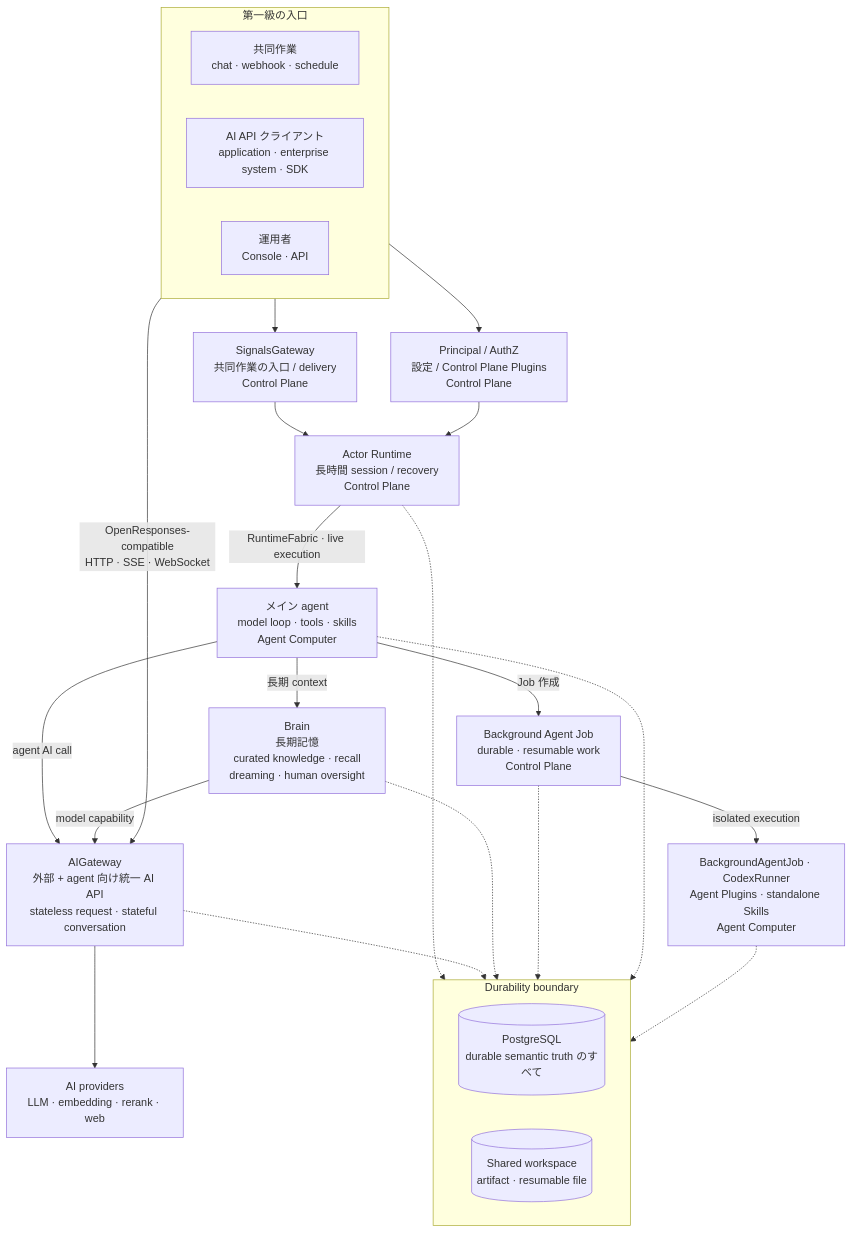
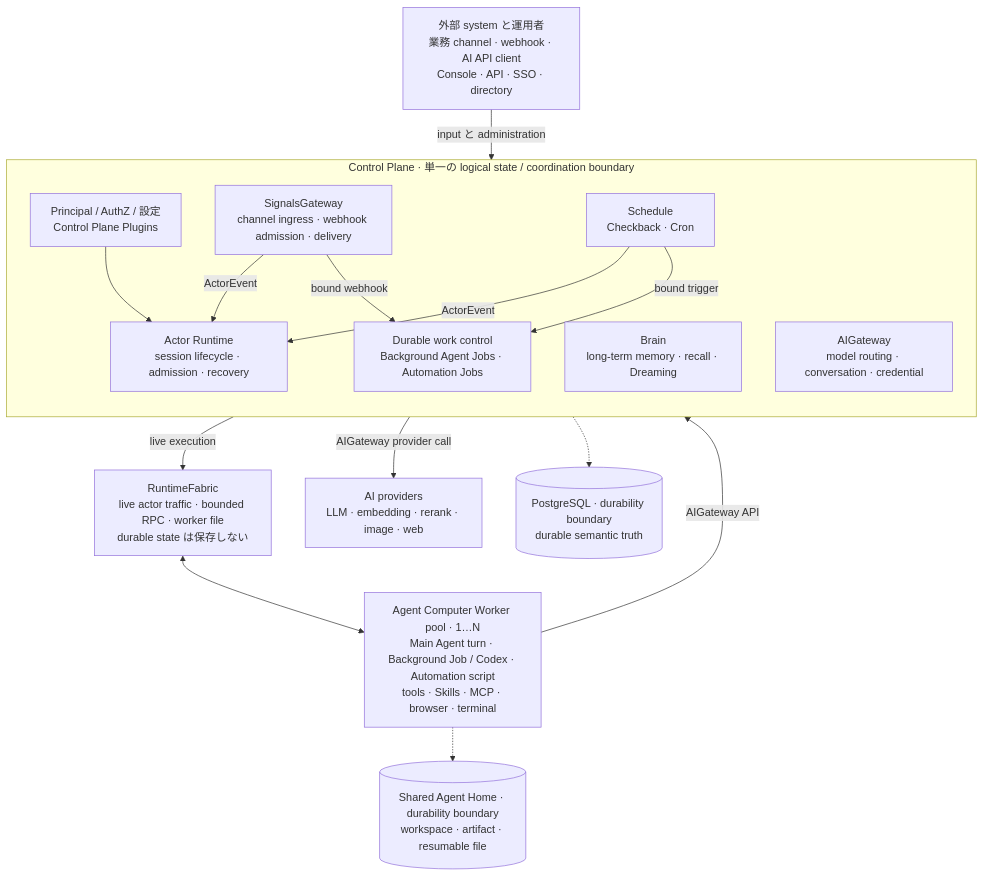
The diagram in README.ja.md (AgentBull/ankole), drawn with Mermaid before and after one commit. The commit also changed other lines of this file and 184 other files, not shown here.

First line of the commit message:
feat: Implement OCR functionality and automation job support

````diff
--- a/README.ja.md
+++ b/README.ja.md
@@ -82,43 +84,35 @@
 ```mermaid
 flowchart TB
-  subgraph Entry["第一級の入口"]
-    direction LR
-    Work["共同作業<br/>chat · webhook · schedule"]
-    Clients["AI API クライアント<br/>application · enterprise system · SDK"]
-    Ops["運用者<br/>Console · API"]
+  External["外部 system と運用者<br/>業務 channel · webhook · AI API client<br/>Console · API · SSO · directory"]
+
+  subgraph Control["Control Plane · 単一の logical state / coordination boundary"]
+    direction TB
+    Platform["Principal / AuthZ / 設定<br/>Control Plane Plugins"]
+    SG["SignalsGateway<br/>channel ingress · webhook admission · delivery"]
+    Schedule["Schedule<br/>Checkback · Cron"]
+    Runtime["Actor Runtime<br/>session lifecycle · admission · recovery"]
+    Jobs["Durable work control<br/>Background Agent Jobs · Automation Jobs"]
+    Brain["Brain<br/>long-term memory · recall · Dreaming"]
+    AI["AIGateway<br/>model routing · conversation · credential"]
   end
 
-  SG["SignalsGateway<br/>共同作業の入口 / delivery<br/>Control Plane"]
-  Platform["Principal / AuthZ<br/>設定 / Control Plane Plugins<br/>Control Plane"]
-  Runtime["Actor Runtime<br/>長時間 session / recovery<br/>Control Plane"]
-  Main["メイン agent<br/>model loop · tools · skills<br/>Agent Computer"]
-  Brain["Brain<br/>長期記憶<br/>curated knowledge · recall<br/>dreaming · human oversight"]
-  Delegate["Background Agent Job<br/>durable · resumable work<br/>Control Plane"]
-  AI["AIGateway<br/>外部 + agent 向け統一 AI API<br/>stateless request · stateful conversation"]
-  Task["BackgroundAgentJob · CodexRunner<br/>Agent Plugins · standalone Skills<br/>Agent Computer"]
-  Providers["AI providers<br/>LLM · embedding · rerank · web"]
+  Fabric["RuntimeFabric<br/>live actor traffic · bounded RPC · worker file<br/>durable state は保存しない"]
+  Workers["Agent Computer Worker pool · 1…N<br/>Main Agent turn · Background Job / Codex · Automation script<br/>tools · Skills · MCP · browser · terminal"]
+  Providers["AI providers<br/>LLM · embedding · rerank · image · web"]
 
-  subgraph Storage["Durability boundary"]
-    direction LR
-    PG[("PostgreSQL<br/>durable semantic truth のすべて")]
-    Workspace[("Shared workspace<br/>artifact · resumable file")]
-  end
+  PG[("PostgreSQL · durability boundary<br/>durable semantic truth")]
+  Home[("Shared Agent Home · durability boundary<br/>workspace · artifact · resumable file")]
 
-  Work --> SG --> Runtime
-  Ops --> Platform --> Runtime
-  Runtime -->|"RuntimeFabric · live execution"| Main
-  Clients -->|"OpenResponses-compatible<br/>HTTP · SSE · WebSocket"| AI
-  Main -->|"agent AI call"| AI
-  Main -->|"長期 context"| Brain
-  Brain -->|"model capability"| AI
-  Main -->|"Job 作成"| Delegate
-  Delegate -->|"isolated execution"| Task
-  AI --> Providers
-
-  Runtime -.-> PG
-  AI -.-> PG
-  Brain -.-> PG
-  Delegate -.-> PG
-  Main -.-> Workspace
-  Task -.-> Workspace
+  External -->|"input と administration"| Control
+  SG -->|"ActorEvent"| Runtime
+  Schedule -->|"ActorEvent"| Runtime
+  SG -->|"bound webhook"| Jobs
+  Schedule -->|"bound trigger"| Jobs
+  Platform --> Runtime
+  Control -->|"live execution"| Fabric
+  Fabric <--> Workers
+  Workers -->|"AIGateway API"| Control
+  Control -->|"AIGateway provider call"| Providers
+  Control -.-> PG
+  Workers -.-> Home
 ```
````
